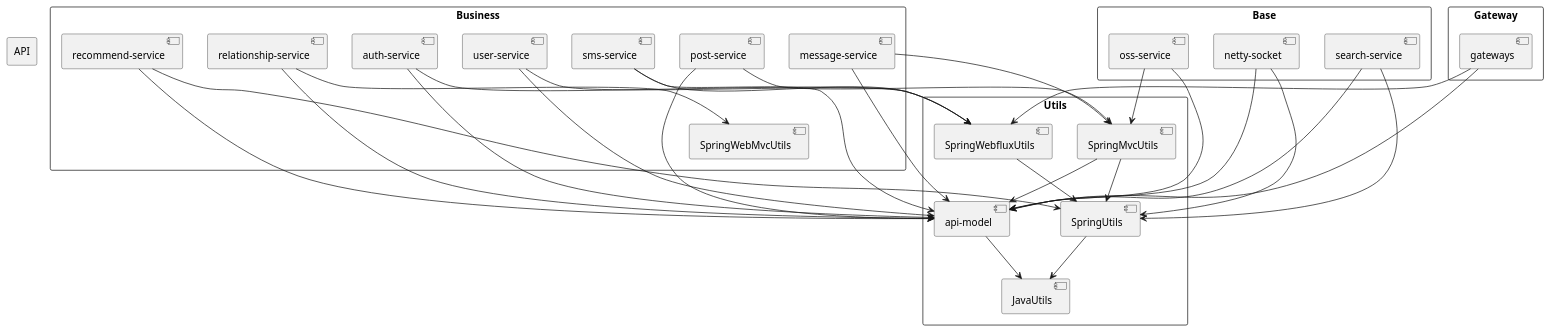
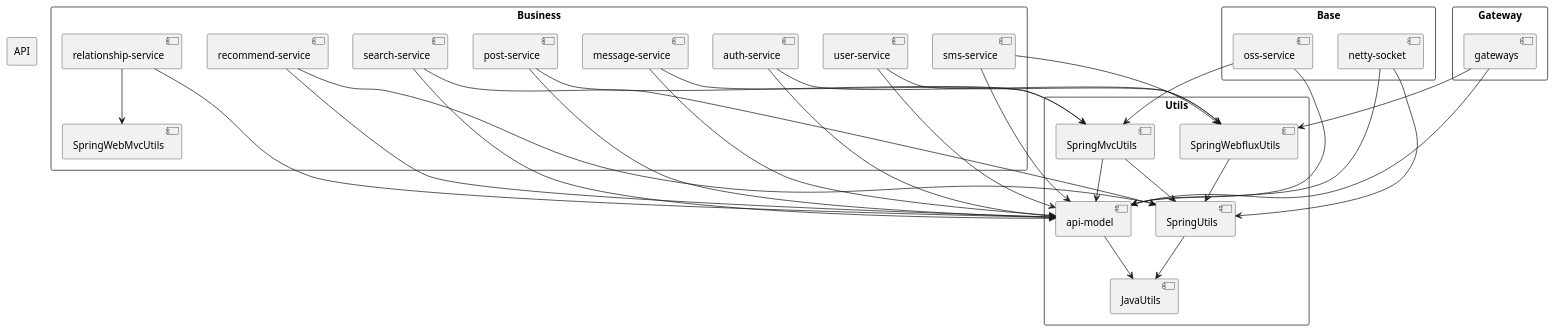
The diagram in spring-server/docs/maven依赖树.puml (nangong918/SmartMedicine-App), drawn with PlantUML before and after one commit. The commit also changed 16 other files, not shown here.

First line of the commit message:
refactor(maven): 调整 search-service 项目结构和依赖

```diff
--- a/spring-server/docs/maven依赖树.puml
+++ b/spring-server/docs/maven依赖树.puml
@@ -1,73 +1,75 @@
 @startuml
 skinparam packageStyle rectangle
 
 package "Utils" {
     [JavaUtils]
     [SpringUtils]
     [SpringMvcUtils]
     [SpringWebfluxUtils]
 
     [SpringUtils] --> [JavaUtils]
     [SpringMvcUtils] --> [SpringUtils]
     [SpringWebfluxUtils] --> [SpringUtils]
     [SpringMvcUtils] --> [api-model]
 }
 
 package "API" {
     [api-model]
     [api-model] --> [JavaUtils]
 }
 
 package "Gateway" {
     [gateways]
     [gateways] --> [SpringWebfluxUtils]
     [gateways] --> [api-model]
 }
 
 package "Base" {
     [netty-socket]
-    [search-service]
+
     [oss-service]
 
     [netty-socket] --> [SpringUtils]
     [netty-socket] --> [api-model]
-    [search-service] --> [SpringUtils]
-    [search-service] --> [api-model]
 
     [oss-service] --> [SpringMvcUtils]
     [oss-service] --> [api-model]
 }
 
 package "Business" {
     [auth-service]
     [user-service]
     [sms-service]
     [message-service]
     [relationship-service]
     [post-service]
+    [search-service]
 
     [recommend-service]
+
+    [search-service] --> [SpringUtils]
+    [search-service] --> [api-model]
 
     [auth-service] --> [SpringWebfluxUtils]
     [auth-service] --> [api-model]
 
     [user-service] --> [SpringWebfluxUtils]
     [user-service] --> [api-model]
 
     [sms-service] --> [SpringWebfluxUtils]
     [sms-service] --> [api-model]
 
     [message-service] --> [SpringMvcUtils]
     [message-service] --> [api-model]
 
     [relationship-service] --> [SpringWebMvcUtils]
     [relationship-service] --> [api-model]
 
     [post-service] --> [SpringMvcUtils]
     [post-service] --> [api-model]
 
     [recommend-service] --> [SpringUtils]
     [recommend-service] --> [api-model]
 }
 
 @enduml
```
